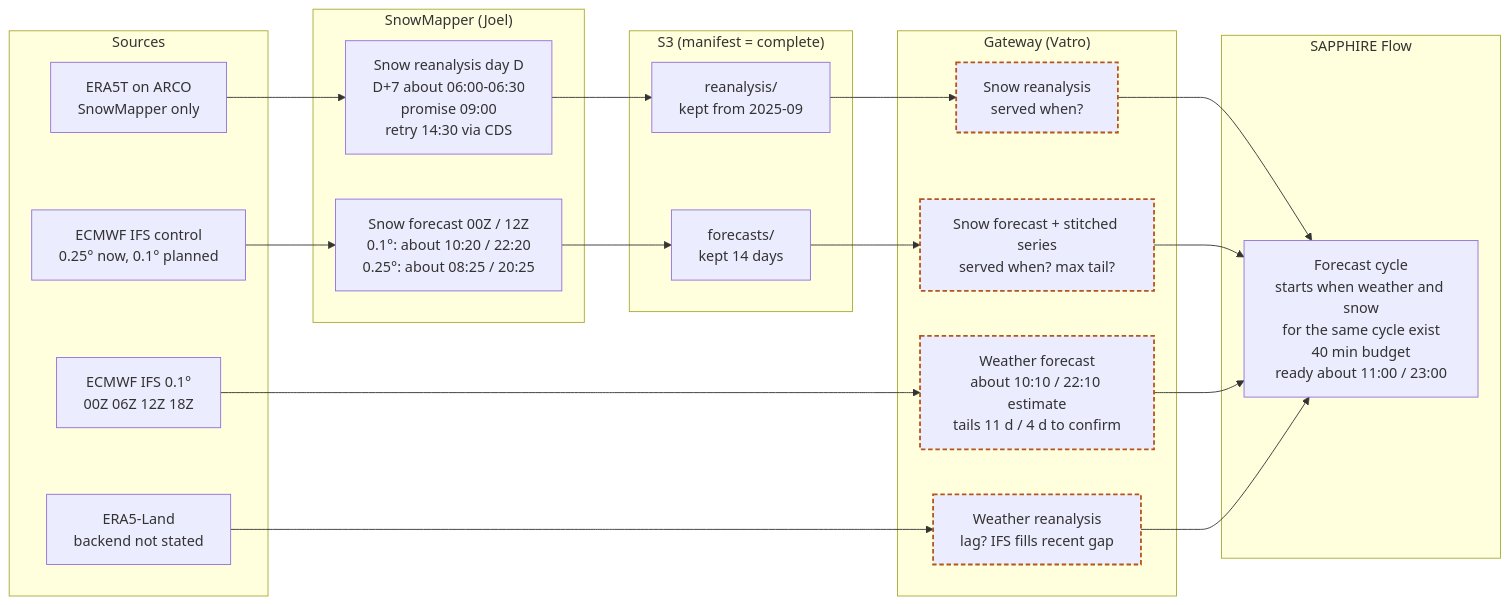
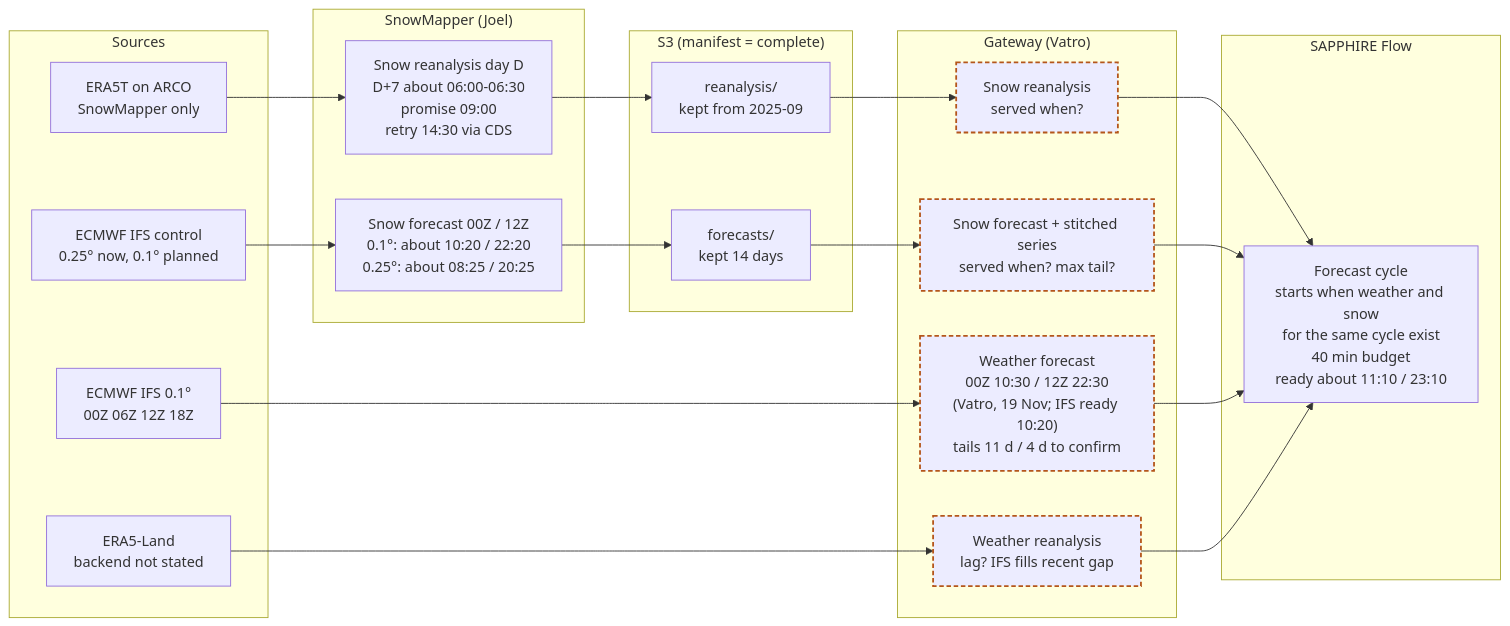
Before and after one commit to hydrosolutions/SAPPHIRE_flow: the diagram in docs/requirements/05-snowmapper-gateway-contract.md, drawn with Mermaid. The commit also changed other lines of this file, not shown here.

Commit message:
docs(05): gateway weather times 10:30/22:30 from Vatro (19 Nov); snow blanks check

````diff
--- a/docs/requirements/05-snowmapper-gateway-contract.md
+++ b/docs/requirements/05-snowmapper-gateway-contract.md
@@ -104,32 +104,32 @@
 ```mermaid
 flowchart LR
   subgraph SRC["Sources"]
     ARCO["ERA5T on ARCO<br/>SnowMapper only"]
     IFS25["ECMWF IFS control<br/>0.25° now, 0.1° planned"]
     IFS["ECMWF IFS 0.1°<br/>00Z 06Z 12Z 18Z"]
     E5L["ERA5-Land<br/>backend not stated"]
   end
   subgraph SM["SnowMapper (Joel)"]
     SMR["Snow reanalysis day D<br/>D+7 about 06:00-06:30<br/>promise 09:00<br/>retry 14:30 via CDS"]
     SMF["Snow forecast 00Z / 12Z<br/>0.1°: about 10:20 / 22:20<br/>0.25°: about 08:25 / 20:25"]
   end
   subgraph S3["S3 (manifest = complete)"]
     S3R["reanalysis/<br/>kept from 2025-09"]
     S3F["forecasts/<br/>kept 14 days"]
   end
   subgraph GW["Gateway (Vatro)"]
     GSR["Snow reanalysis<br/>served when?"]
     GSF["Snow forecast + stitched series<br/>served when? max tail?"]
-    GWF["Weather forecast<br/>about 10:10 / 22:10 estimate<br/>tails 11 d / 4 d to confirm"]
+    GWF["Weather forecast<br/>00Z 10:30 / 12Z 22:30<br/>(Vatro, 19 Nov; IFS ready 10:20)<br/>tails 11 d / 4 d to confirm"]
     GWR["Weather reanalysis<br/>lag? IFS fills recent gap"]
   end
   subgraph SAP["SAPPHIRE Flow"]
-    FC["Forecast cycle<br/>starts when weather and snow<br/>for the same cycle exist<br/>40 min budget<br/>ready about 11:00 / 23:00"]
+    FC["Forecast cycle<br/>starts when weather and snow<br/>for the same cycle exist<br/>40 min budget<br/>ready about 11:10 / 23:10"]
   end
   ARCO --> SMR --> S3R --> GSR --> FC
   IFS25 --> SMF --> S3F --> GSF --> FC
   IFS --> GWF --> FC
   E5L --> GWR --> FC
   classDef open stroke:#b4561b,stroke-width:2px,stroke-dasharray:5 3
   class GSR,GSF,GWF,GWR open
 ```
````
